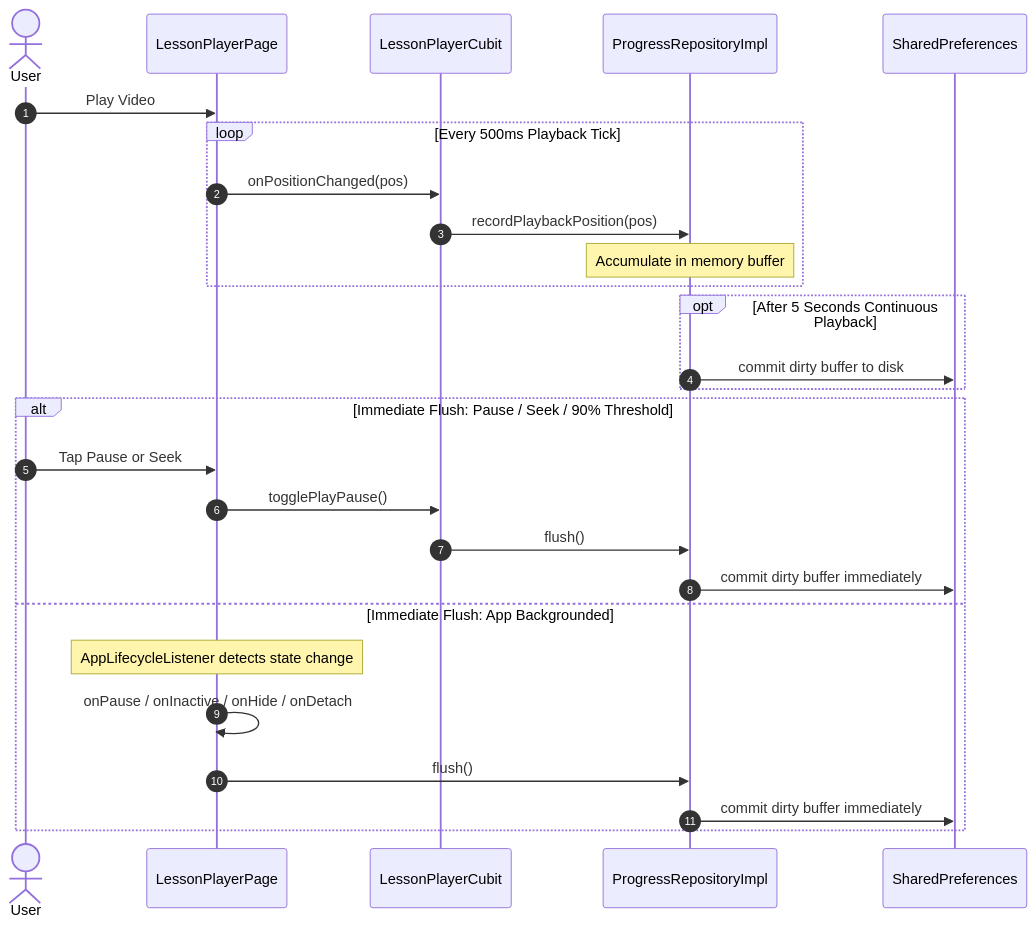
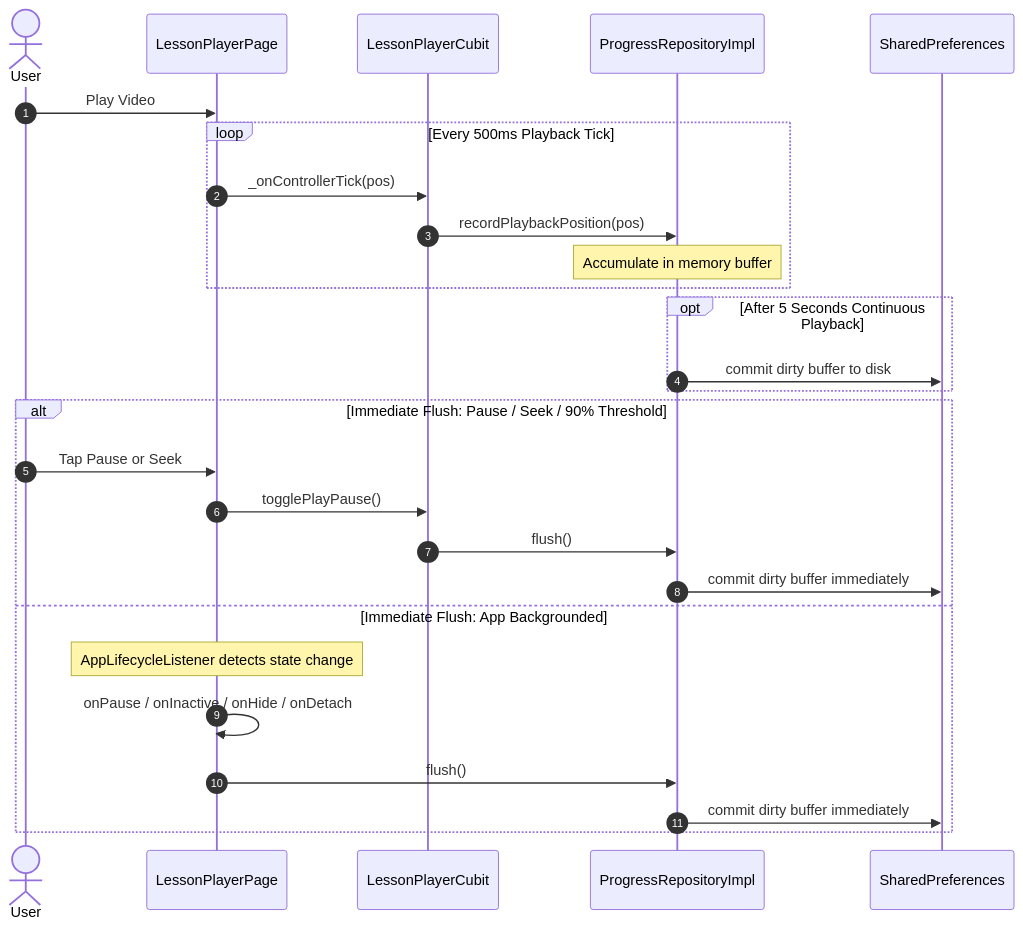
Before and after one commit to axah710/thaheen_lms: the fourth of 6 diagrams in docs/general/system-flows.md, drawn with Mermaid. The commit also changed other lines of this file and 19 other files, not shown here.

````diff
--- a/docs/general/system-flows.md
+++ b/docs/general/system-flows.md
@@ -100,32 +98,32 @@
 ```mermaid
 sequenceDiagram
     autonumber
     actor User
     participant Player as LessonPlayerPage
     participant Cubit as LessonPlayerCubit
     participant Repo as ProgressRepositoryImpl
     participant Storage as SharedPreferences
 
     User->>Player: Play Video
     loop Every 500ms Playback Tick
-        Player->>Cubit: onPositionChanged(pos)
+        Player->>Cubit: _onControllerTick(pos)
         Cubit->>Repo: recordPlaybackPosition(pos)
         Note over Repo: Accumulate in memory buffer
     end
 
     opt After 5 Seconds Continuous Playback
         Repo->>Storage: commit dirty buffer to disk
     end
 
     alt Immediate Flush: Pause / Seek / 90% Threshold
         User->>Player: Tap Pause or Seek
         Player->>Cubit: togglePlayPause()
         Cubit->>Repo: flush()
         Repo->>Storage: commit dirty buffer immediately
     else Immediate Flush: App Backgrounded
         Note over Player: AppLifecycleListener detects state change
         Player->>Player: onPause / onInactive / onHide / onDetach
         Player->>Repo: flush()
         Repo->>Storage: commit dirty buffer immediately
     end
 ```
````
